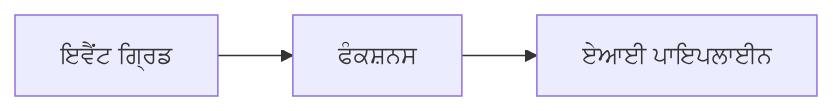
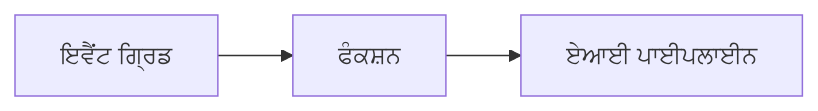
One commit to microsoft/AZD-for-beginners changed the second of 2 diagrams in translations/pa/docs/chapter-08-production/README.md. Above: the diagram before and after it, drawn with Mermaid. The commit also changed other lines of this file and 59 other files, not shown here.

````diff
--- a/translations/pa/docs/chapter-08-production/README.md
+++ b/translations/pa/docs/chapter-08-production/README.md
@@ -57,4 +57,4 @@
 ```mermaid
 graph LR
-    EventGrid[ਇਵੈਂਟ ਗ੍ਰਿਡ] --> Functions[ਫੰਕਸ਼ਨਸ] --> Pipeline[ਏਆਈ ਪਾਇਪਲਾਈਨ]
+    EventGrid[ਇਵੈਂਟ ਗ੍ਰਿਡ] --> Functions[ਫੰਕਸ਼ਨ] --> Pipeline[ਏਆਈ ਪਾਈਪਲਾਈਨ]
 ```
````
